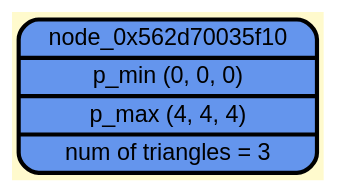
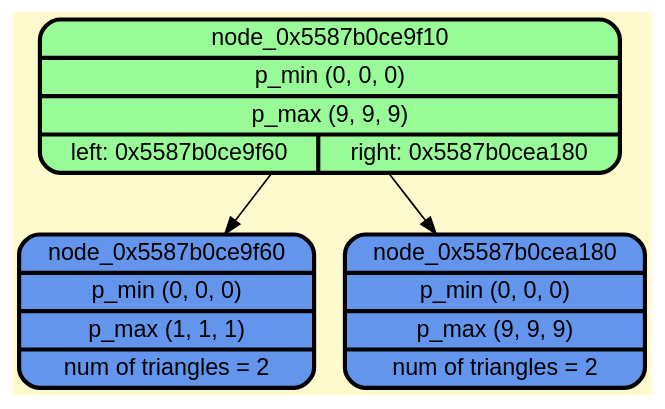
One commit to BulgakovDmitry/3D_triangles changed the diagram in dump/graph_dump.gv. Above: the diagram before and after it, drawn with Graphviz. The commit also changed 3 other files, not shown here.

```diff
--- a/dump/graph_dump.gv
+++ b/dump/graph_dump.gv
@@ -1,8 +1,12 @@
 digraph G {
     rankdir=TB;
     node [style=filled, fontname="Helvetica", fontcolor=darkblue, fillcolor=peachpuff, color="#252A34", penwidth=2.5];
     bgcolor="lemonchiffon";
 
-    node_0x562d70035f10 [shape=Mrecord; style=filled; fillcolor=cornflowerblue; color="#000000"; fontcolor="#000000"; label="{ node_0x562d70035f10 | p_min (0, 0, 0) | p_max (4, 4, 4) | num of triangles = 3}"];
+    node_0x5587b0ce9f10 [shape=Mrecord; style=filled; fillcolor=palegreen; color="#000000"; fontcolor="#000000"; label="{ node_0x5587b0ce9f10 | p_min (0, 0, 0) | p_max (9, 9, 9) | { left: 0x5587b0ce9f60 | right: 0x5587b0cea180 } }"];
+    node_0x5587b0ce9f60 [shape=Mrecord; style=filled; fillcolor=cornflowerblue; color="#000000"; fontcolor="#000000"; label="{ node_0x5587b0ce9f60 | p_min (0, 0, 0) | p_max (1, 1, 1) | num of triangles = 2}"];
+    node_0x5587b0cea180 [shape=Mrecord; style=filled; fillcolor=cornflowerblue; color="#000000"; fontcolor="#000000"; label="{ node_0x5587b0cea180 | p_min (0, 0, 0) | p_max (9, 9, 9) | num of triangles = 2}"];
 
+    node_0x5587b0ce9f10 -> node_0x5587b0ce9f60;
+    node_0x5587b0ce9f10 -> node_0x5587b0cea180;
 }
```
